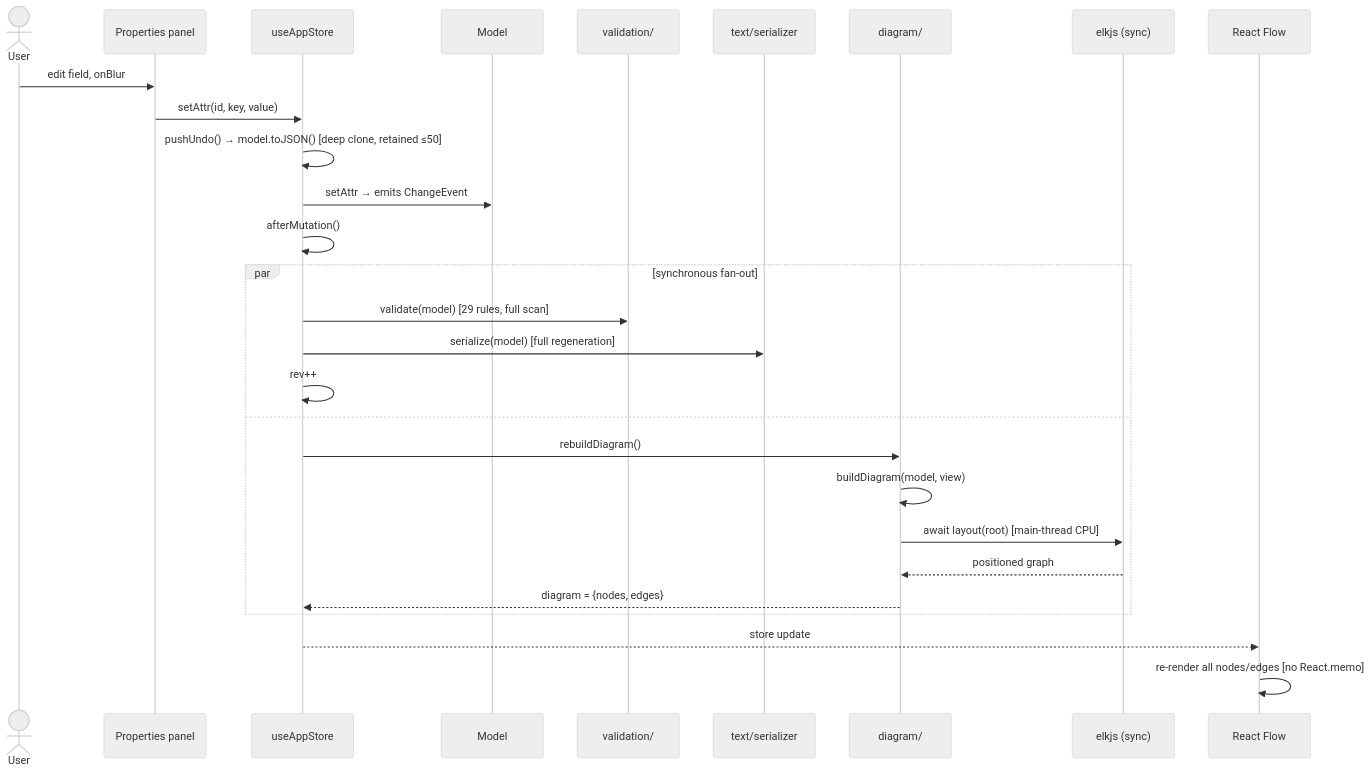
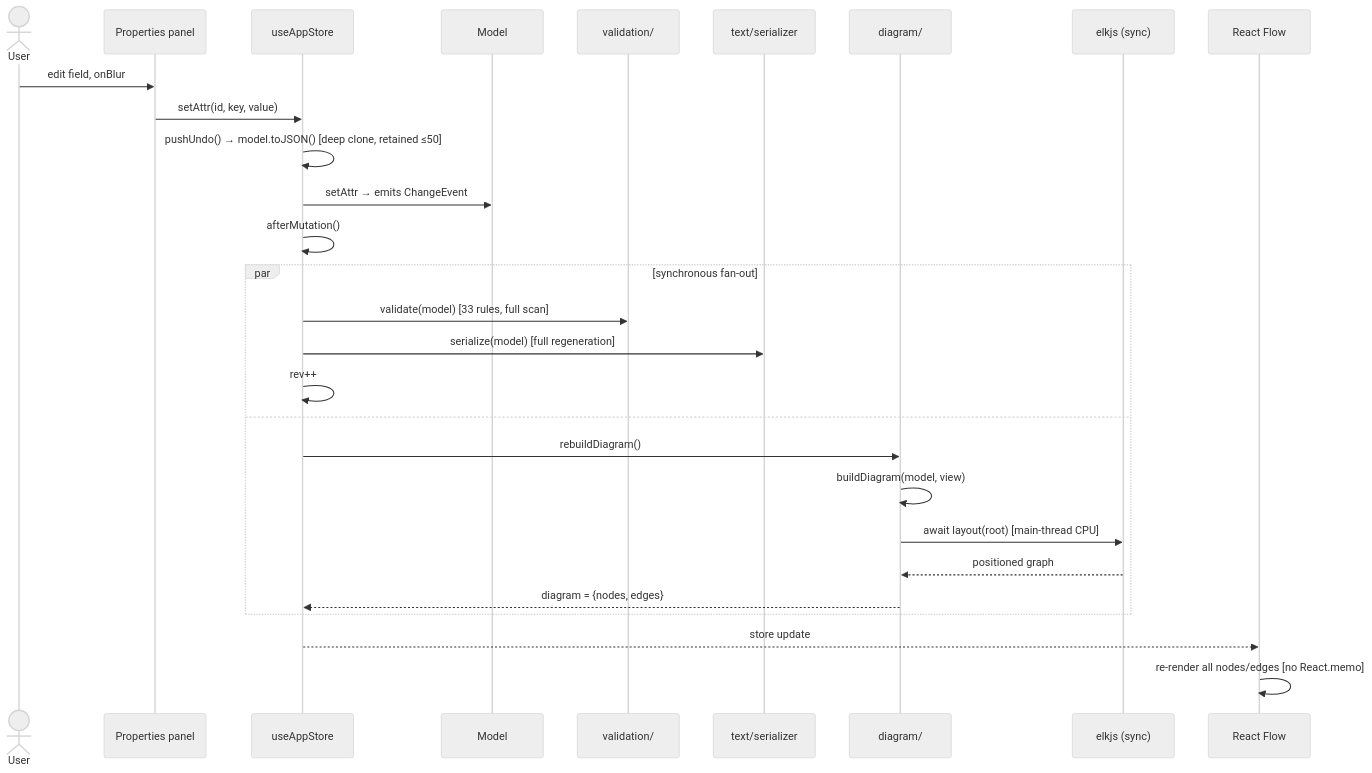
The second of 8 diagrams in docs/architecture/06-sequence-diagrams.md (cosmindxu/sysprose), drawn with Mermaid (neutral theme) before and after one commit. The commit also changed 13 other files, not shown here.

````diff
--- a/docs/architecture/06-sequence-diagrams.md
+++ b/docs/architecture/06-sequence-diagrams.md
@@ -30,31 +30,31 @@
 ```mermaid
 sequenceDiagram
     actor U as User
     participant P as Properties panel
     participant S as useAppStore
     participant M as Model
     participant V as validation/
     participant T as text/serializer
     participant D as diagram/
     participant ELK as elkjs (sync)
     participant RF as React Flow
 
     U->>P: edit field, onBlur
     P->>S: setAttr(id, key, value)
     S->>S: pushUndo() → model.toJSON() [deep clone, retained ≤50]
     S->>M: setAttr → emits ChangeEvent
     S->>S: afterMutation()
     par synchronous fan-out
-        S->>V: validate(model) [29 rules, full scan]
+        S->>V: validate(model) [33 rules, full scan]
         S->>T: serialize(model) [full regeneration]
         S->>S: rev++
     and
         S->>D: rebuildDiagram()
         D->>D: buildDiagram(model, view)
         D->>ELK: await layout(root) [main-thread CPU]
         ELK-->>D: positioned graph
         D-->>S: diagram = {nodes, edges}
     end
     S-->>RF: store update
     RF->>RF: re-render all nodes/edges [no React.memo]
 ```
````
